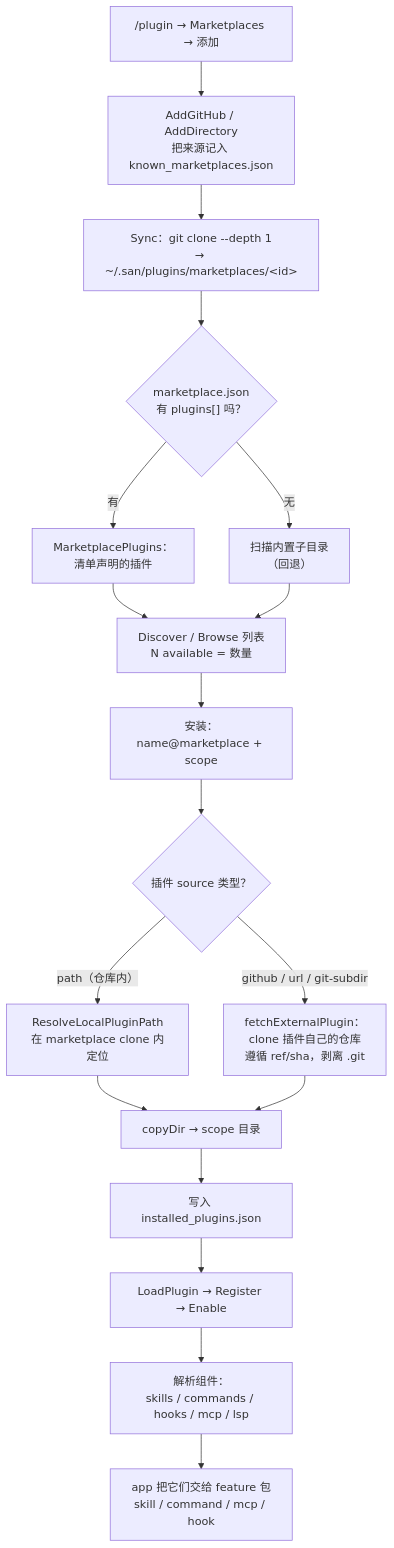
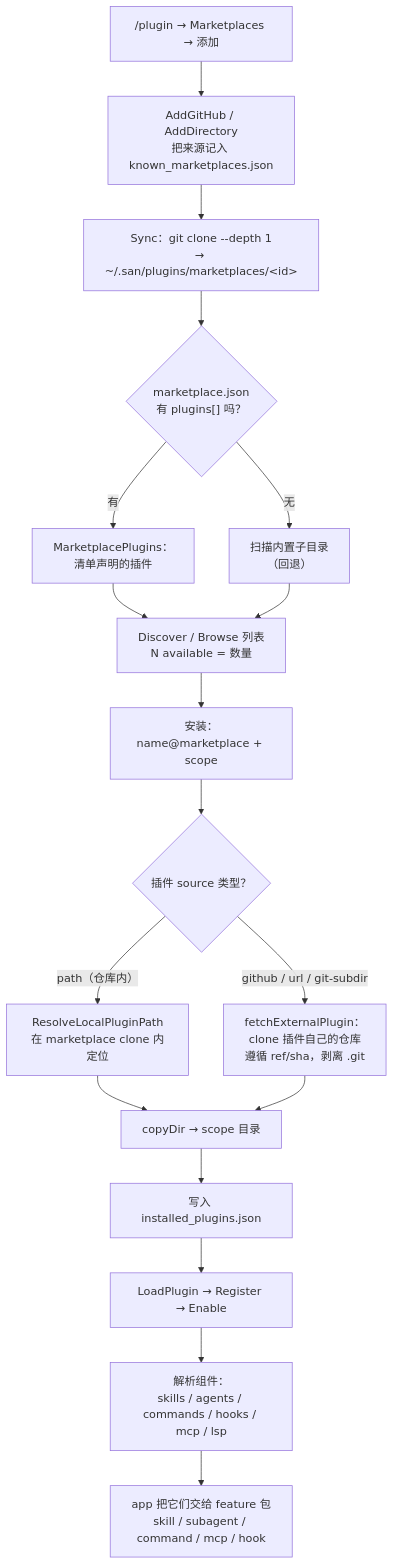
Before and after one commit to genai-io/san: the diagram in docs/packages/2-feature/plugin.zh.md, drawn with Mermaid. The commit also changed other lines of this file and 102 other files, not shown here.

````diff
--- a/docs/packages/2-feature/plugin.zh.md
+++ b/docs/packages/2-feature/plugin.zh.md
@@ -101,20 +105,20 @@
 ```mermaid
 flowchart TD
     A["/plugin → Marketplaces → 添加"] --> B["AddGitHub / AddDirectory<br/>把来源记入 known_marketplaces.json"]
     B --> C["Sync：git clone --depth 1<br/>→ ~/.san/plugins/marketplaces/&lt;id&gt;"]
     C --> D{"marketplace.json<br/>有 plugins[] 吗？"}
     D -- "有" --> E["MarketplacePlugins：<br/>清单声明的插件"]
     D -- "无" --> F["扫描内置子目录<br/>（回退）"]
     E --> G["Discover / Browse 列表<br/>N available = 数量"]
     F --> G
     G --> H["安装：name@marketplace + scope"]
     H --> I{"插件 source 类型？"}
     I -- "path（仓库内）" --> J["ResolveLocalPluginPath<br/>在 marketplace clone 内定位"]
     I -- "github / url / git-subdir" --> K["fetchExternalPlugin：<br/>clone 插件自己的仓库<br/>遵循 ref/sha，剥离 .git"]
     J --> L["copyDir → scope 目录"]
     K --> L
     L --> M["写入 installed_plugins.json"]
     M --> N["LoadPlugin → Register → Enable"]
-    N --> O["解析组件：<br/>skills / commands / hooks / mcp / lsp"]
-    O --> P["app 把它们交给 feature 包<br/>skill / command / mcp / hook"]
+    N --> O["解析组件：<br/>skills / agents / commands / hooks / mcp / lsp"]
+    O --> P["app 把它们交给 feature 包<br/>skill / subagent / command / mcp / hook"]
 ```
````
